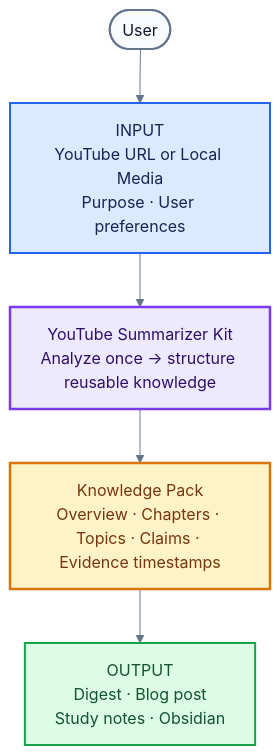
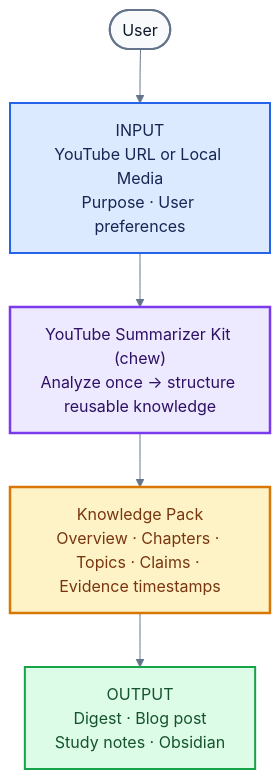
Before and after one commit to SHcommit/youtube-summerizer-kit: the diagram in assets/architecture/en/user-flow.mmd, drawn with Mermaid. The commit also changed 7 other files, not shown here.

Commit message:
docs: update Mermaid architecture diagrams with chew CLI and Antigravity harness

```diff
--- a/assets/architecture/en/user-flow.mmd
+++ b/assets/architecture/en/user-flow.mmd
@@ -1,20 +1,20 @@
 %%{init: {"theme":"base","themeVariables":{"fontFamily":"Arial, sans-serif","primaryTextColor":"#172554","lineColor":"#64748b"},"flowchart":{"curve":"basis","nodeSpacing":44,"rankSpacing":54}}}%%
 flowchart TB
     USER([User])
     INPUT["INPUT<br/>YouTube URL or Local Media<br/>Purpose · User preferences"]
-    KIT["YouTube Summarizer Kit<br/>Analyze once → structure reusable knowledge"]
+    KIT["YouTube Summarizer Kit (chew)<br/>Analyze once → structure reusable knowledge"]
     PACK["Knowledge Pack<br/>Overview · Chapters · Topics · Claims · Evidence timestamps"]
     OUTPUT["OUTPUT<br/>Digest · Blog post<br/>Study notes · Obsidian"]
 
     USER --> INPUT --> KIT --> PACK --> OUTPUT
 
     classDef actor fill:#f8fafc,stroke:#64748b,stroke-width:2px,color:#0f172a;
     classDef input fill:#dbeafe,stroke:#2563eb,stroke-width:2px,color:#172554;
     classDef core fill:#ede9fe,stroke:#7c3aed,stroke-width:2.5px,color:#2e1065;
     classDef knowledge fill:#fef3c7,stroke:#d97706,stroke-width:2.5px,color:#78350f;
     classDef output fill:#dcfce7,stroke:#16a34a,stroke-width:2px,color:#14532d;
     class USER actor;
     class INPUT input;
     class KIT core;
     class PACK knowledge;
     class OUTPUT output;
```
